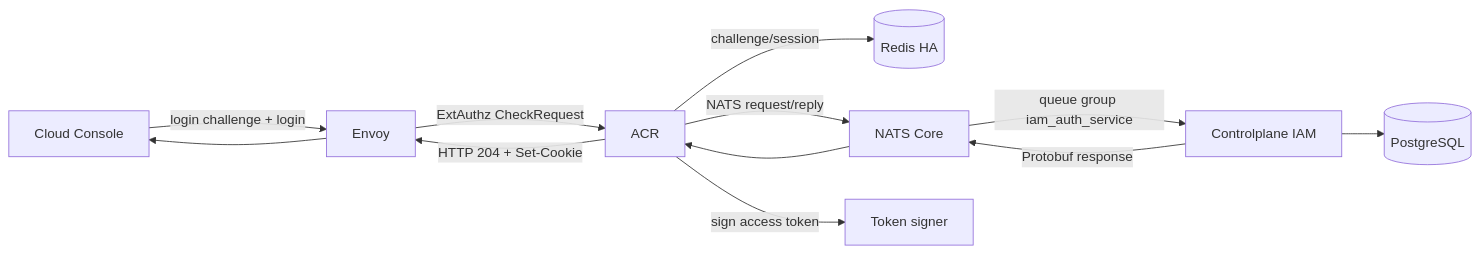
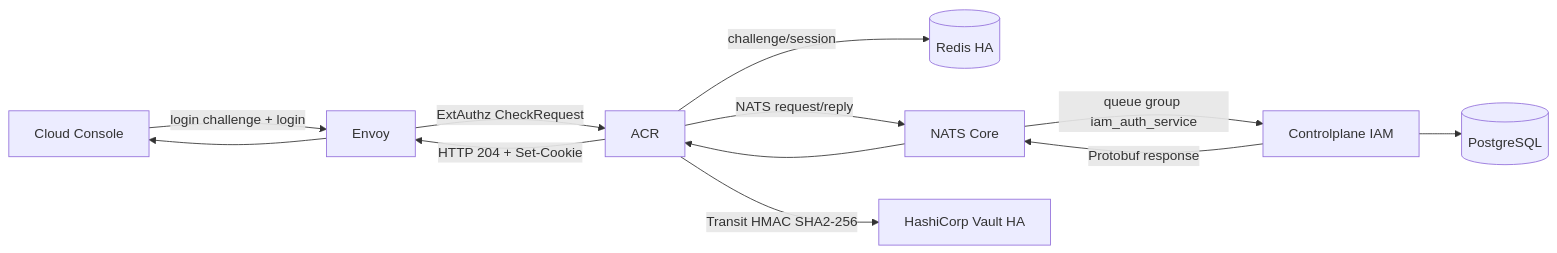
One commit to phucle996/aurora changed the first of 3 diagrams in god_view/iam/user_login_god_view_workflow.md. Above: the diagram before and after it, drawn with Mermaid. The commit also changed other lines of this file and 56 other files, not shown here.

````diff
--- a/god_view/iam/user_login_god_view_workflow.md
+++ b/god_view/iam/user_login_god_view_workflow.md
@@ -77,12 +80,12 @@
 ```mermaid
 flowchart LR
     UI[Cloud Console] -->|login challenge + login| E[Envoy]
     E -->|ExtAuthz CheckRequest| A[ACR]
     A -->|challenge/session| R[(Redis HA)]
     A -->|NATS request/reply| N[NATS Core]
     N -->|queue group iam_auth_service| IAM[Controlplane IAM]
     IAM --> DB[(PostgreSQL)]
     IAM -->|Protobuf response| N --> A
-    A -->|sign access token| K[Token signer]
+    A -->|Transit HMAC SHA2-256| V[HashiCorp Vault HA]
     A -->|HTTP 204 + Set-Cookie| E --> UI
 ```
````
